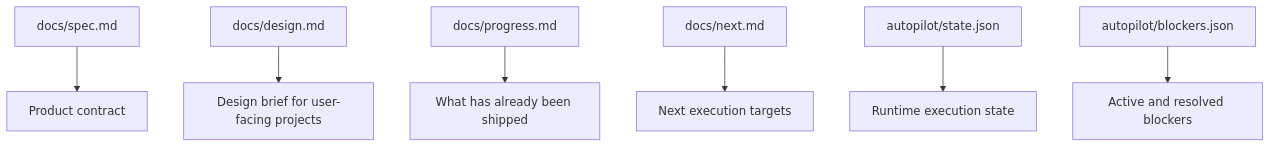
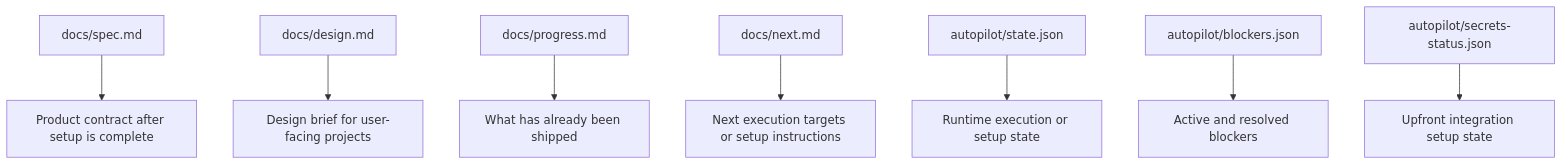
One commit to minsu0707/auto-pilot changed the third of 4 diagrams in docs/05-how-it-works.md. Above: the diagram before and after it, drawn with Mermaid. The commit also changed other lines of this file and 13 other files, not shown here.

Commit message:
docs : setup-secrets 계약과 resume 문서 정상화

````diff
--- a/docs/05-how-it-works.md
+++ b/docs/05-how-it-works.md
@@ -101,9 +107,10 @@
 ```mermaid
 flowchart TD
-    A["docs/spec.md"] --> X["Product contract"]
+    A["docs/spec.md"] --> X["Product contract after setup is complete"]
     B["docs/design.md"] --> Y["Design brief for user-facing projects"]
     C["docs/progress.md"] --> Z["What has already been shipped"]
-    D["docs/next.md"] --> W["Next execution targets"]
-    E["autopilot/state.json"] --> V["Runtime execution state"]
+    D["docs/next.md"] --> W["Next execution targets or setup instructions"]
+    E["autopilot/state.json"] --> V["Runtime execution or setup state"]
     F["autopilot/blockers.json"] --> U["Active and resolved blockers"]
+    G["autopilot/secrets-status.json"] --> T["Upfront integration setup state"]
 ```
````
